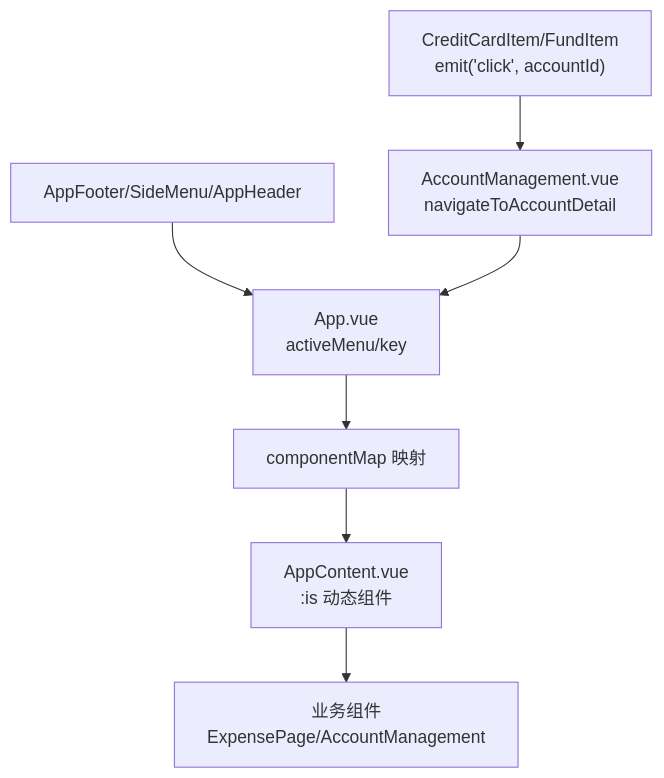
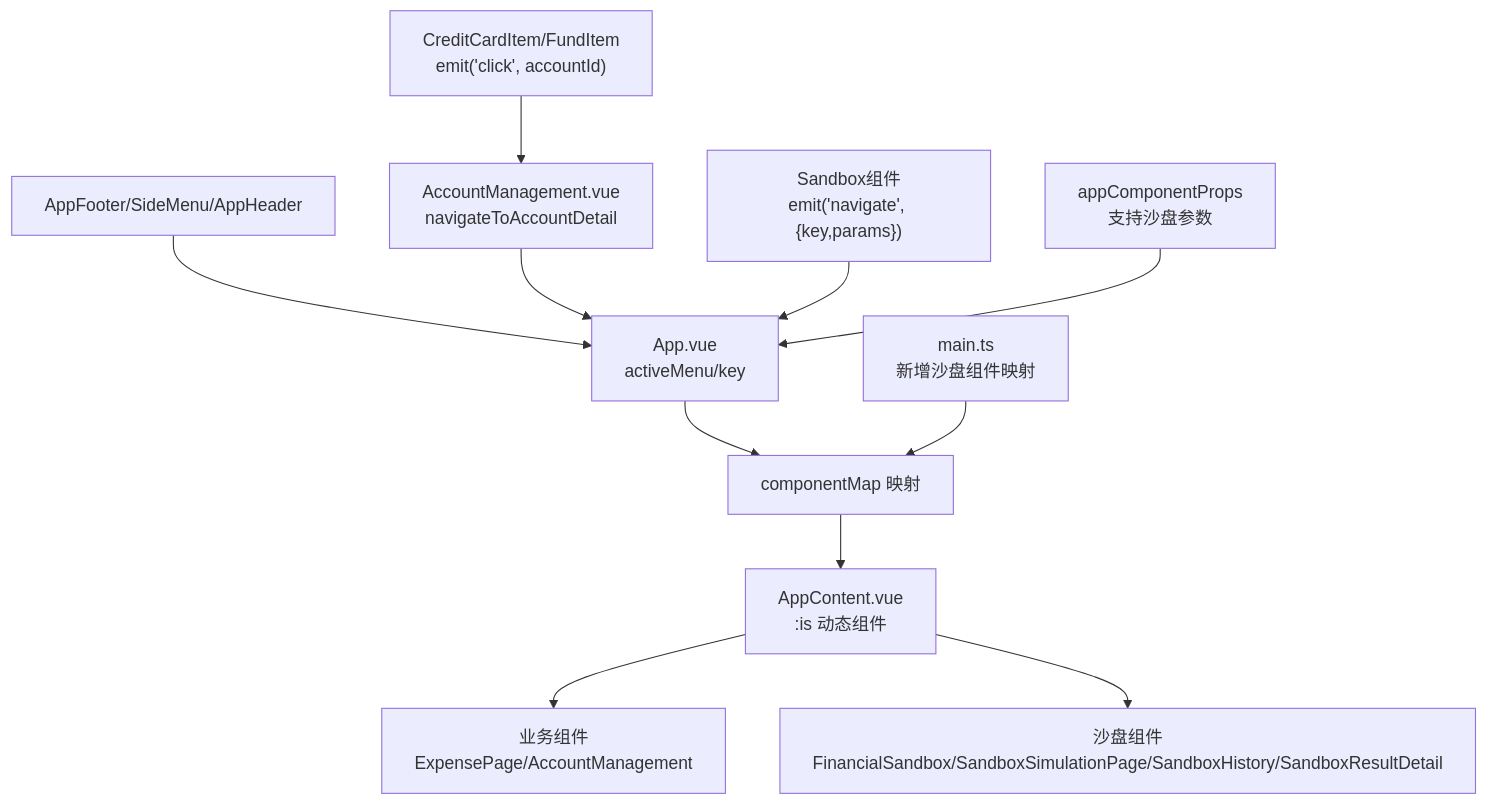
The seventh of 9 diagrams in .qoder/repowiki/zh/content/架构设计/组件通信机制.md (xiao-lin-unit/yuan), drawn with Mermaid before and after one commit. The commit also changed other lines of this file and 24 other files, not shown here.

````diff
--- a/.qoder/repowiki/zh/content/架构设计/组件通信机制.md
+++ b/.qoder/repowiki/zh/content/架构设计/组件通信机制.md
@@ -331,9 +399,13 @@
 ```mermaid
 flowchart TD
 A["App.vue<br/>activeMenu/key"] --> B["componentMap 映射"]
 B --> C["AppContent.vue<br/>:is 动态组件"]
 C --> D["业务组件<br/>ExpensePage/AccountManagement"]
-E["AppFooter/SideMenu/AppHeader"] --> A
-F["CreditCardItem/FundItem<br/>emit('click', accountId)"] --> G["AccountManagement.vue<br/>navigateToAccountDetail"]
-G --> A
+C --> E["沙盘组件<br/>FinancialSandbox/SandboxSimulationPage/SandboxHistory/SandboxResultDetail"]
+F["AppFooter/SideMenu/AppHeader"] --> A
+G["CreditCardItem/FundItem<br/>emit('click', accountId)"] --> H["AccountManagement.vue<br/>navigateToAccountDetail"]
+H --> A
+I["Sandbox组件<br/>emit('navigate', {key,params})"] --> A
+J["main.ts<br/>新增沙盘组件映射"] --> B
+K["appComponentProps<br/>支持沙盘参数"] --> A
 ```
````
